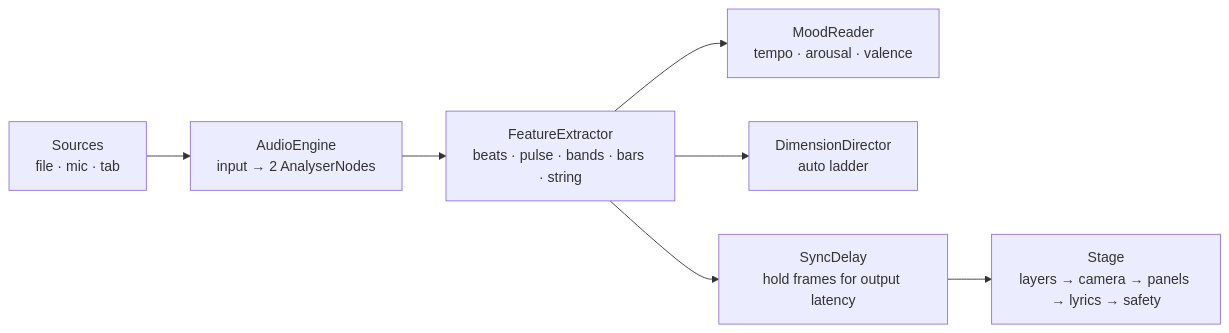
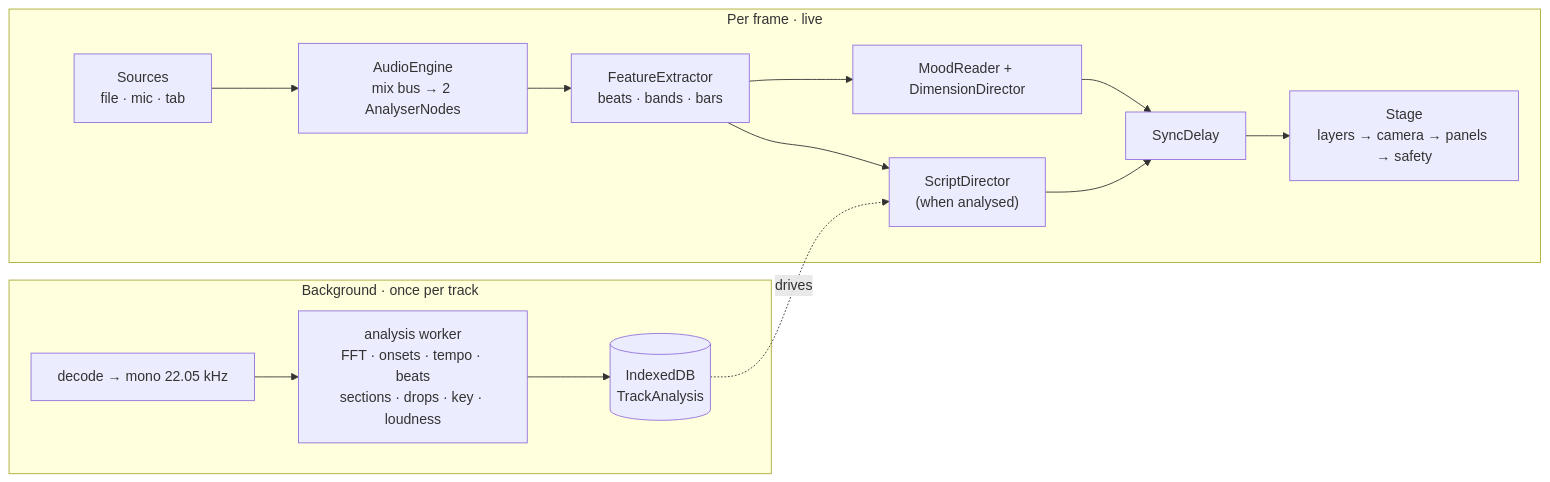
Before and after one commit to rooney011/beat-lab: the diagram in README.md, drawn with Mermaid. The commit also changed other lines of this file and 1 other file, not shown here.

````diff
--- a/README.md
+++ b/README.md
@@ -27,9 +53,17 @@
 ```mermaid
 flowchart LR
-  S["Sources<br/>file · mic · tab"] --> E["AudioEngine<br/>input → 2 AnalyserNodes"]
-  E --> F["FeatureExtractor<br/>beats · pulse · bands · bars · string"]
-  F --> M["MoodReader<br/>tempo · arousal · valence"]
-  F --> L["DimensionDirector<br/>auto ladder"]
-  F --> D["SyncDelay<br/>hold frames for output latency"]
-  D --> R["Stage<br/>layers → camera → panels → lyrics → safety"]
+  subgraph live[Per frame · live]
+    S["Sources<br/>file · mic · tab"] --> E["AudioEngine<br/>mix bus → 2 AnalyserNodes"]
+    E --> F["FeatureExtractor<br/>beats · bands · bars"]
+    F --> MS["MoodReader + DimensionDirector"]
+    F --> SC["ScriptDirector<br/>(when analysed)"]
+    MS --> SY["SyncDelay"]
+    SC --> SY
+    SY --> R["Stage<br/>layers → camera → panels → safety"]
+  end
+  subgraph bg[Background · once per track]
+    DEC["decode → mono 22.05 kHz"] --> W["analysis worker<br/>FFT · onsets · tempo · beats<br/>sections · drops · key · loudness"]
+    W --> DB[("IndexedDB<br/>TrackAnalysis")]
+  end
+  DB -.->|drives| SC
 ```
````
